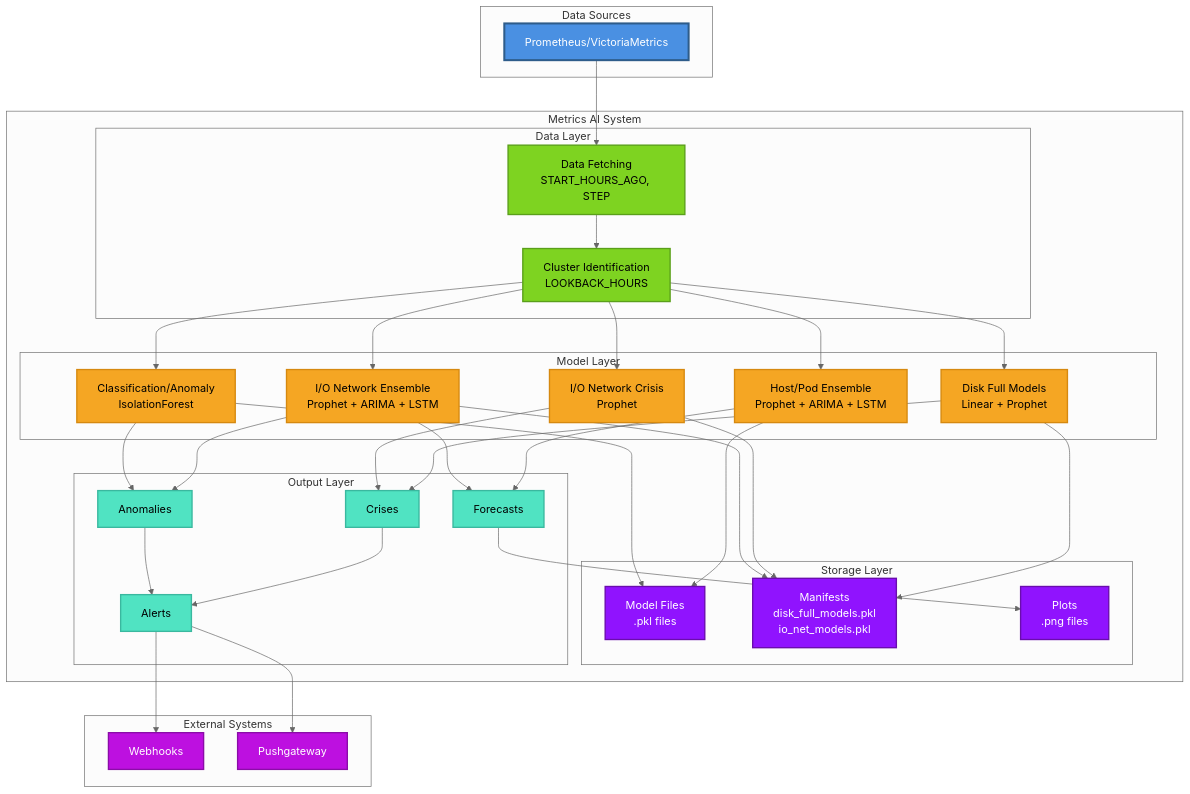
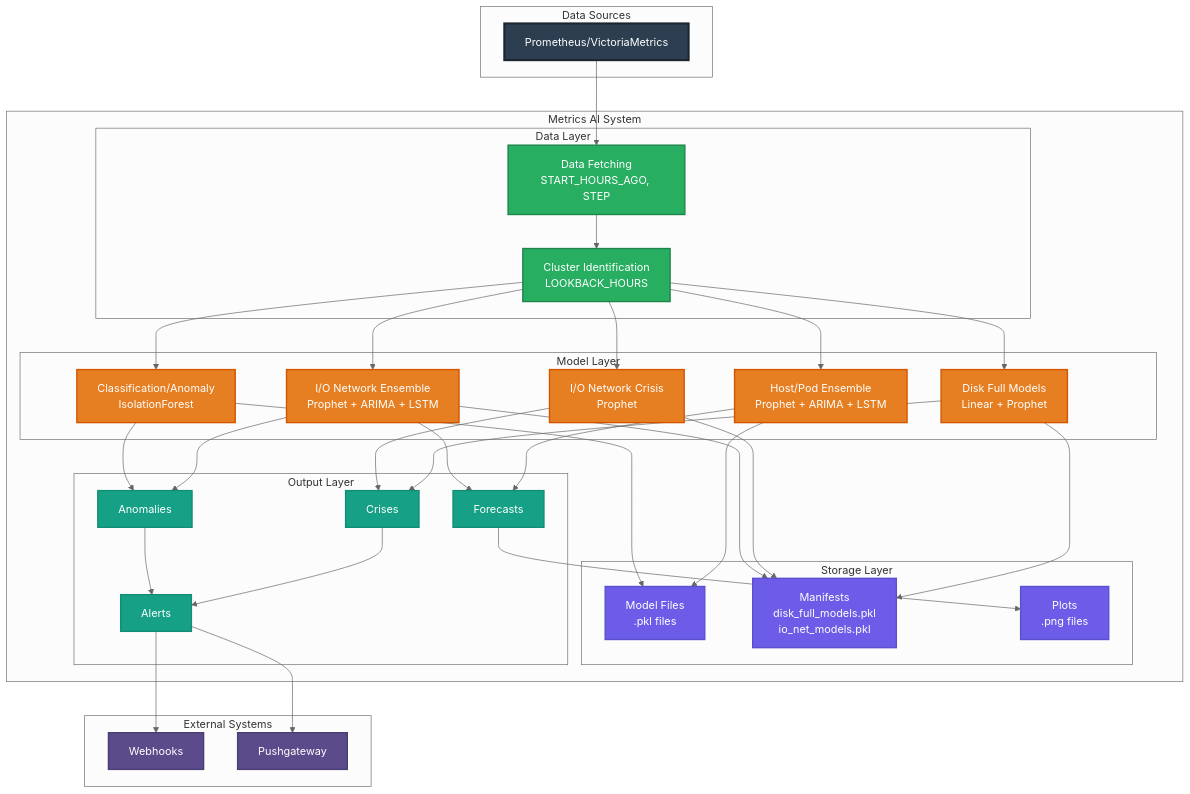
The first of 11 diagrams in Docs/VISUAL_ARCHITECTURE_GUIDE.md (k8sautom8/metrics-ml), drawn with Mermaid (neutral theme) before and after one commit. The commit also changed other lines of this file, not shown here.

````diff
--- a/Docs/VISUAL_ARCHITECTURE_GUIDE.md
+++ b/Docs/VISUAL_ARCHITECTURE_GUIDE.md
@@ -38,80 +39,80 @@
 ```mermaid
 graph TB
     subgraph "Data Sources"
         P[Prometheus/VictoriaMetrics]
     end
     
     subgraph "Metrics AI System"
         subgraph "Data Layer"
             DF[Data Fetching<br/>START_HOURS_AGO, STEP]
             CI[Cluster Identification<br/>LOOKBACK_HOURS]
         end
         
         subgraph "Model Layer"
             HPE[Host/Pod Ensemble<br/>Prophet + ARIMA + LSTM]
             DFM[Disk Full Models<br/>Linear + Prophet]
             IOC[I/O Network Crisis<br/>Prophet]
             IOE[I/O Network Ensemble<br/>Prophet + ARIMA + LSTM]
             CLS[Classification/Anomaly<br/>IsolationForest]
         end
         
         subgraph "Storage Layer"
             MF[Model Files<br/>.pkl files]
             MN[Manifests<br/>disk_full_models.pkl<br/>io_net_models.pkl]
             PL[Plots<br/>.png files]
         end
         
         subgraph "Output Layer"
             FC[Forecasts]
             AN[Anomalies]
             CR[Crises]
             AL[Alerts]
         end
     end
     
     subgraph "External Systems"
         WH[Webhooks]
         PG[Pushgateway]
     end
     
     P --> DF
     DF --> CI
     CI --> HPE
     CI --> DFM
     CI --> IOC
     CI --> IOE
     CI --> CLS
     
     HPE --> MF
     DFM --> MN
     IOC --> MN
     IOE --> MN
     CLS --> MF
     
     HPE --> FC
     DFM --> CR
     IOC --> CR
     IOE --> FC
     IOE --> AN
     CLS --> AN
     
     FC --> PL
     CR --> AL
     AN --> AL
     AL --> WH
     AL --> PG
     
-    classDef dataSource fill:#4A90E2,stroke:#2E5C8A,stroke-width:3px,color:#fff
-    classDef dataLayer fill:#7ED321,stroke:#5A9F1A,stroke-width:2px,color:#000
-    classDef modelLayer fill:#F5A623,stroke:#D68910,stroke-width:2px,color:#000
-    classDef storageLayer fill:#9013FE,stroke:#6A0DAD,stroke-width:2px,color:#fff
-    classDef outputLayer fill:#50E3C2,stroke:#3AB89F,stroke-width:2px,color:#000
-    classDef externalSystem fill:#BD10E0,stroke:#8B0DA8,stroke-width:2px,color:#fff
+    classDef dataSource fill:#2C3E50,stroke:#1A252F,stroke-width:3px,color:#fff
+    classDef dataLayer fill:#27AE60,stroke:#1E8449,stroke-width:2px,color:#fff
+    classDef modelLayer fill:#E67E22,stroke:#D35400,stroke-width:2px,color:#fff
+    classDef storageLayer fill:#6C5CE7,stroke:#5A4FCF,stroke-width:2px,color:#fff
+    classDef outputLayer fill:#16A085,stroke:#138D75,stroke-width:2px,color:#fff
+    classDef externalSystem fill:#5B4B8A,stroke:#4A3D73,stroke-width:2px,color:#fff
     
     class P dataSource
     class DF,CI dataLayer
     class HPE,DFM,IOC,IOE,CLS modelLayer
     class MF,MN,PL storageLayer
     class FC,AN,CR,AL outputLayer
     class WH,PG externalSystem
 ```
````
